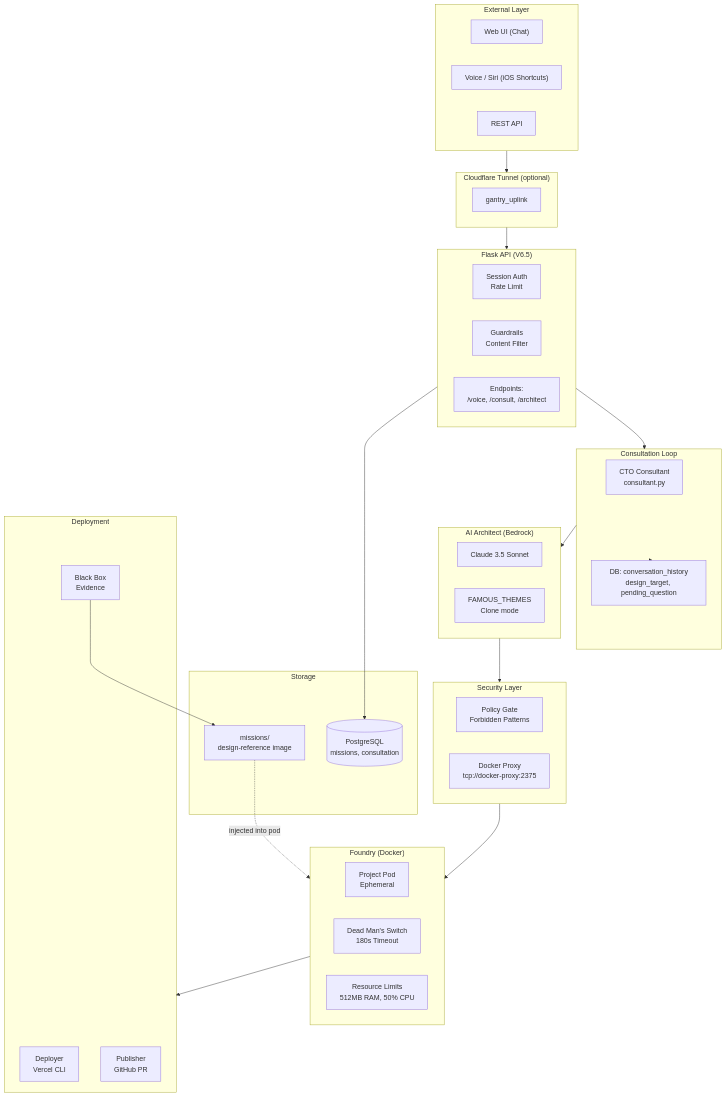
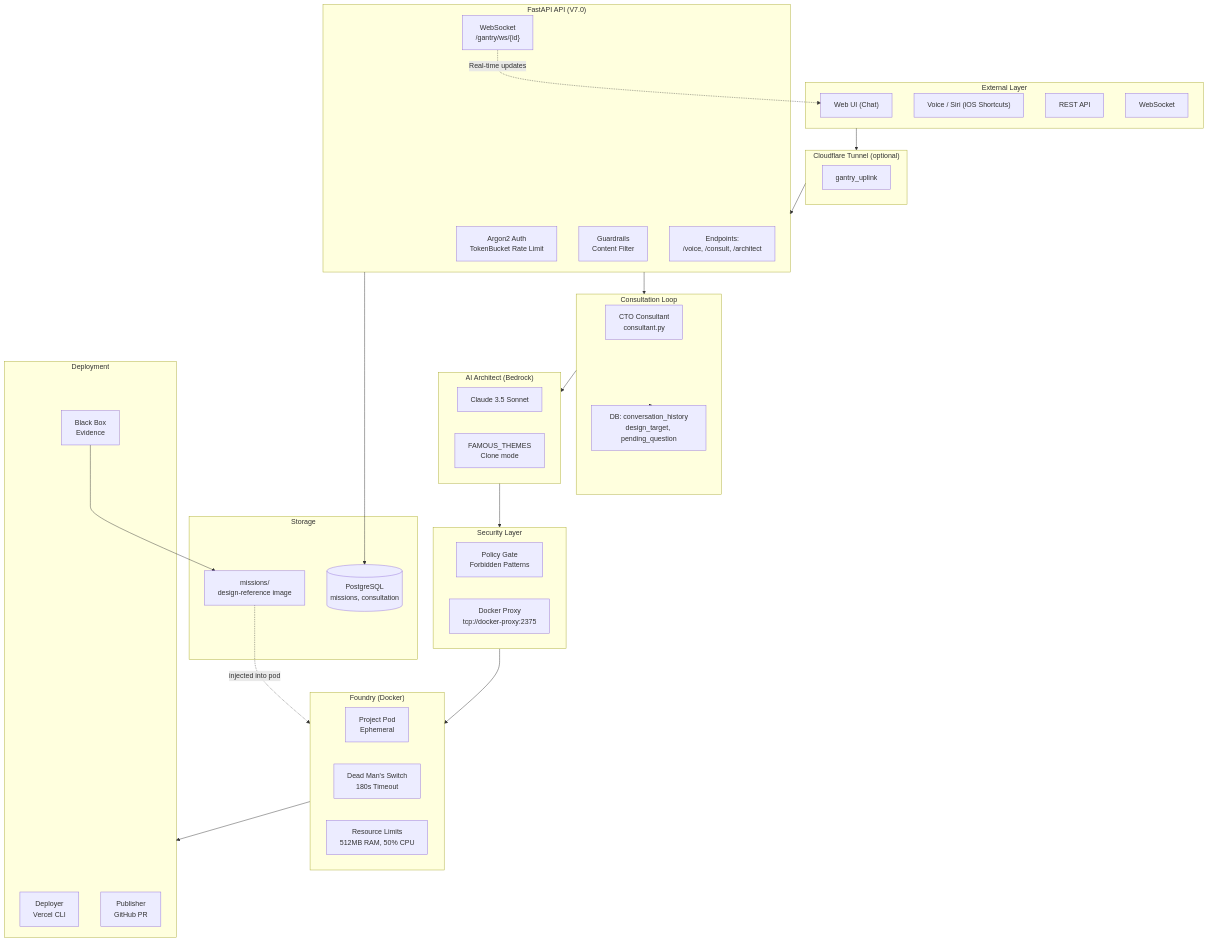
The first of 4 diagrams in ARCHITECTURE.md (Jarvis2021/gantry), drawn with Mermaid before and after one commit. The commit also changed other lines of this file and 6 other files, not shown here.

First line of the commit message:
feat: Complete FastAPI migration with V7.0 2026 architecture

````diff
--- a/ARCHITECTURE.md
+++ b/ARCHITECTURE.md
@@ -35,61 +36,64 @@
 ```mermaid
 flowchart TB
     subgraph External["External Layer"]
         WebUI["Web UI (Chat)"]
         Voice["Voice / Siri (iOS Shortcuts)"]
         API["REST API"]
+        WS["WebSocket"]
     end
 
     subgraph Tunnel["Cloudflare Tunnel (optional)"]
         Uplink["gantry_uplink"]
     end
 
-    subgraph FlaskApp["Flask API (V6.5)"]
-        Auth["Session Auth<br/>Rate Limit"]
+    subgraph FastAPI["FastAPI API (V7.0)"]
+        Auth["Argon2 Auth<br/>TokenBucket Rate Limit"]
         Guard["Guardrails<br/>Content Filter"]
         Endpoints["Endpoints:<br/>/voice, /consult, /architect"]
+        WSEndpoint["WebSocket<br/>/gantry/ws/{id}"]
     end
 
     subgraph Consultation["Consultation Loop"]
         Consultant["CTO Consultant<br/>consultant.py"]
         DB_Conv["DB: conversation_history<br/>design_target, pending_question"]
     end
 
     subgraph Brain["AI Architect (Bedrock)"]
         Claude["Claude 3.5 Sonnet"]
         Themes["FAMOUS_THEMES<br/>Clone mode"]
     end
 
     subgraph Security["Security Layer"]
         Policy["Policy Gate<br/>Forbidden Patterns"]
         Proxy["Docker Proxy<br/>tcp://docker-proxy:2375"]
     end
 
     subgraph Foundry["Foundry (Docker)"]
         Pod["Project Pod<br/>Ephemeral"]
         DMS["Dead Man's Switch<br/>180s Timeout"]
         Limits["Resource Limits<br/>512MB RAM, 50% CPU"]
     end
 
     subgraph Deploy["Deployment"]
         Vercel["Deployer<br/>Vercel CLI"]
         GitHub["Publisher<br/>GitHub PR"]
         BB["Black Box<br/>Evidence"]
     end
 
     subgraph Storage["Storage"]
         DB[(PostgreSQL<br/>missions, consultation)]
         Missions["missions/<br/>design-reference image"]
     end
 
     External --> Tunnel
-    Tunnel --> FlaskApp
-    FlaskApp --> Consultation
+    Tunnel --> FastAPI
+    FastAPI --> Consultation
+    WSEndpoint -.->|"Real-time updates"| WebUI
     Consultation --> DB_Conv
     Consultation --> Brain
     Brain --> Security --> Foundry
     Foundry --> Deploy
-    FlaskApp --> DB
+    FastAPI --> DB
     BB --> Missions
     Missions -.->|"injected into pod"| Foundry
 ```
````
